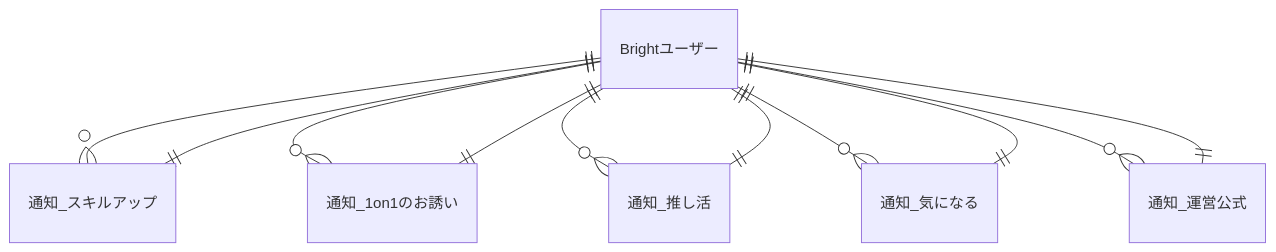
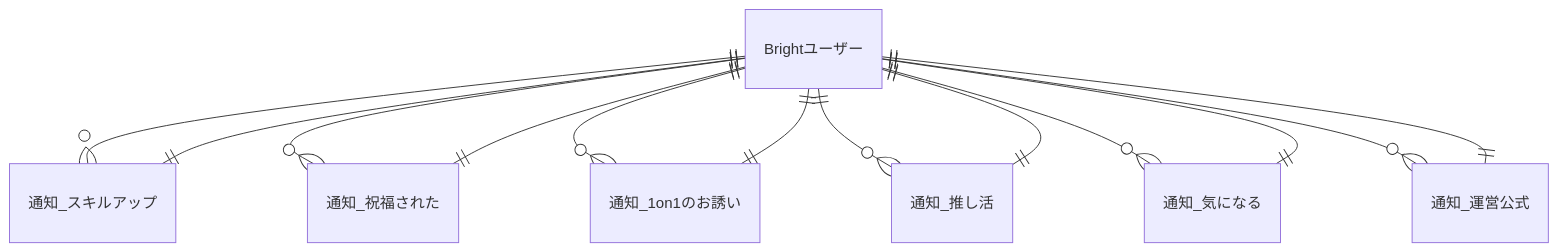
One commit to bright-org/bright changed the fourth of 5 diagrams in docs/conceptual_schemas/notifications.md. Above: the diagram before and after it, drawn with Mermaid. The commit also changed other lines of this file, not shown here.

````diff
--- a/docs/conceptual_schemas/notifications.md
+++ b/docs/conceptual_schemas/notifications.md
@@ -94,20 +94,21 @@
 ```mermaid
 erDiagram
   "Brightユーザー" ||--o{ "通知_スキルアップ" : ""
   "通知_スキルアップ" ||--|| "Brightユーザー" : ""
+
+  "Brightユーザー" ||--o{ "通知_祝福された" : ""
+  "通知_祝福された" ||--|| "Brightユーザー" : ""
 
   "Brightユーザー" ||--o{ "通知_1on1のお誘い" : ""
   "通知_1on1のお誘い" ||--|| "Brightユーザー" : ""
 
   "Brightユーザー" ||--o{ "通知_推し活" : ""
   "通知_推し活" ||--|| "Brightユーザー" : ""
-
-
 
   "Brightユーザー" ||--o{ "通知_気になる" : ""
   "通知_気になる" ||--|| "Brightユーザー" : ""
 
   "Brightユーザー" ||--o{ "通知_運営公式" : ""
   "通知_運営公式" ||--|| "Brightユーザー" : ""
 
 ```
````
